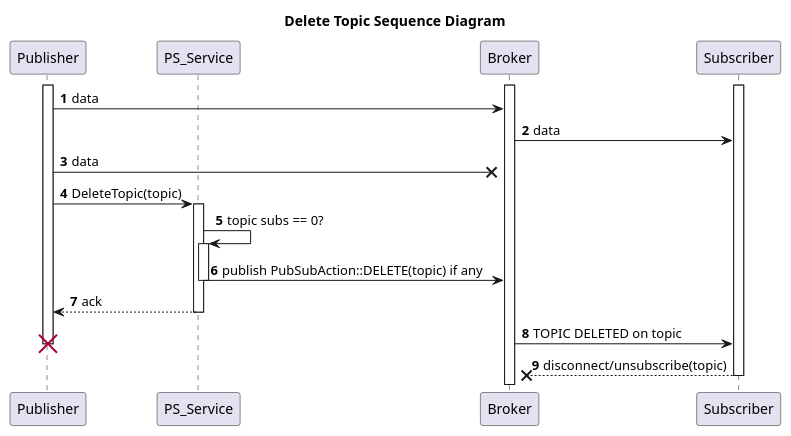
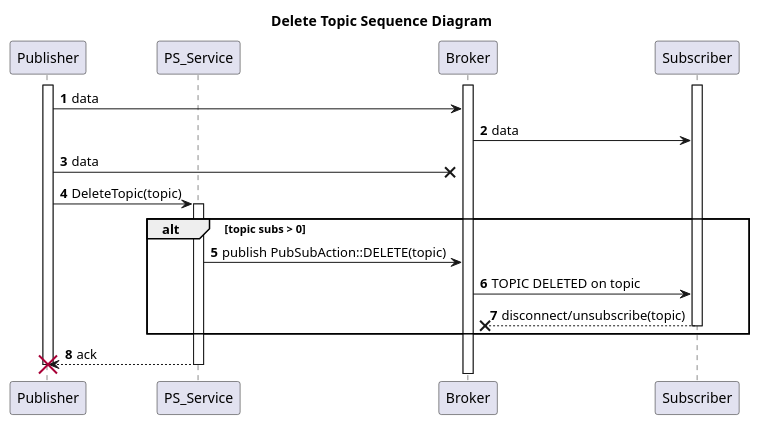
The diagram in docs/diagrams/delete_topic_sequence.puml (eclipse-chariott/Agemo), drawn with PlantUML before and after one commit. The commit also changed 5 other files, not shown here.

Commit message:
updated sequence diagrams with suggested change

```diff
--- a/docs/diagrams/delete_topic_sequence.puml
+++ b/docs/diagrams/delete_topic_sequence.puml
@@ -1,25 +1,24 @@
 @startuml delete topic sequence diagram
 title Delete Topic Sequence Diagram
 autonumber
 activate Publisher
 participant PS_Service
 activate Broker
 activate Subscriber
 
 Publisher -> Broker : data
 Broker -> Subscriber : data
 Publisher ->x Broker : data
 Publisher -> PS_Service : DeleteTopic(topic)
 activate PS_Service
-PS_Service -> PS_Service : topic subs == 0?
-activate PS_Service
-PS_Service -> Broker : publish PubSubAction::DELETE(topic) if any
-deactivate PS_Service
+alt topic subs > 0
+    PS_Service -> Broker : publish PubSubAction::DELETE(topic)
+    Broker -> Subscriber : TOPIC DELETED on topic
+    Subscriber -->x Broker : disconnect/unsubscribe(topic)
+    deactivate Subscriber
+end
 PS_Service --> Publisher : ack
 deactivate PS_Service
-Broker -> Subscriber : TOPIC DELETED on topic
 destroy Publisher
-Subscriber -->x Broker : disconnect/unsubscribe(topic)
-deactivate Subscriber
 
 @enduml
```
